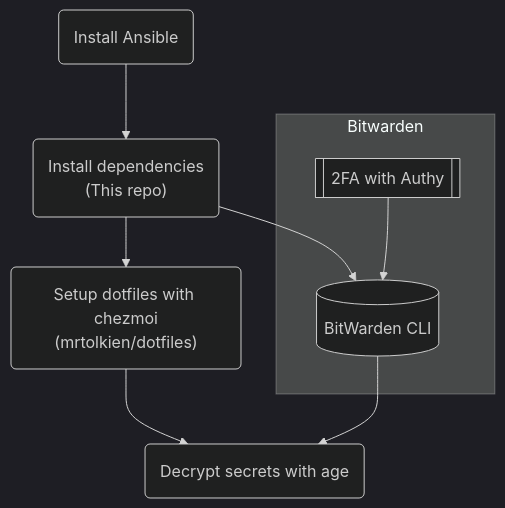
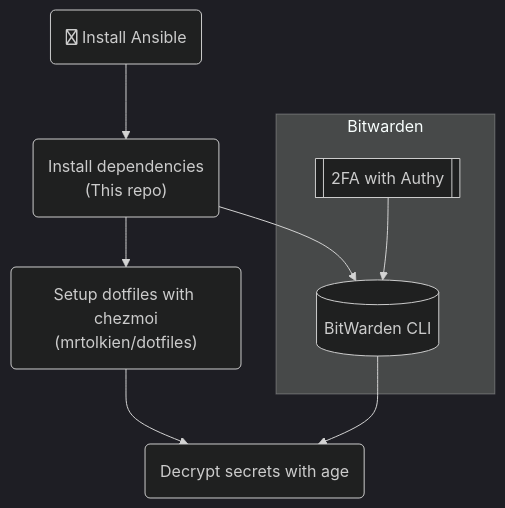
One commit to mrtolkien/tolkos changed the diagram in README.md. Above: the diagram before and after it, drawn with Mermaid (dark theme). The commit also changed other lines of this file, not shown here.

````diff
--- a/README.md
+++ b/README.md
@@ -11,18 +11,18 @@
 ```mermaid
 flowchart TD
-    A("Install Ansible")
+    A("far:fa-theater-masks Install Ansible")
     AA("Install dependencies\n(This repo)")
     B[( BitWarden CLI )]
     BB[[ 2FA with Authy ]]
     C("Setup dotfiles with chezmoi\n(mrtolkien/dotfiles)")
     D( Decrypt secrets with age )
 
     A --> AA --> C --> D
     AA --> B
     BB --> B --> D
 
     subgraph Bitwarden
         B
         BB
     end
 ```
````
